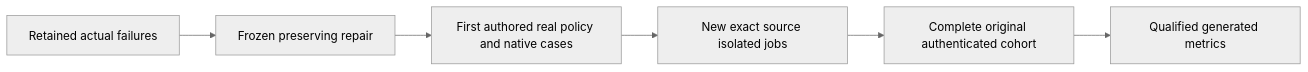
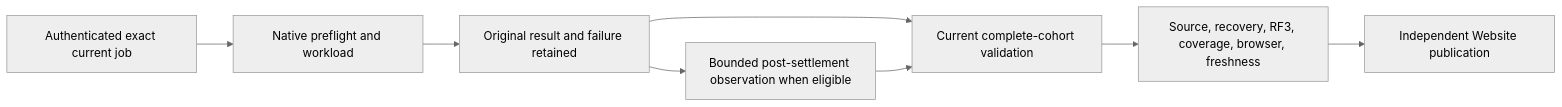
Before and after one commit to managedcode/KeyLoad: the diagram in docs/Features/BenchmarkComparisons/NativeGateRepair.md, drawn with Mermaid (neutral theme). The commit also changed other lines of this file and 90 other files, not shown here.

Commit message:
Fix native journal callers and remove retired website readers

````diff
--- a/docs/Features/BenchmarkComparisons/NativeGateRepair.md
+++ b/docs/Features/BenchmarkComparisons/NativeGateRepair.md
@@ -18,8 +21,10 @@
 ```mermaid
 flowchart LR
-    Original[Retained actual failures] --> Contract[Frozen preserving repair]
-    Contract --> Tests[First authored real policy and native cases]
-    Tests --> GitHub[New exact source isolated jobs]
-    GitHub --> Proof[Complete original authenticated cohort]
-    Proof --> Site[Qualified generated metrics]
+    Authority[Authenticated exact current job] --> Native[Native preflight and workload]
+    Native --> Result[Original result and failure retained]
+    Result --> Observe[Bounded post-settlement observation when eligible]
+    Result --> Cohort[Current complete-cohort validation]
+    Observe --> Cohort
+    Cohort --> Gates[Source, recovery, RF3, coverage, browser, freshness]
+    Gates --> Publish[Independent Website publication]
 ```
````
